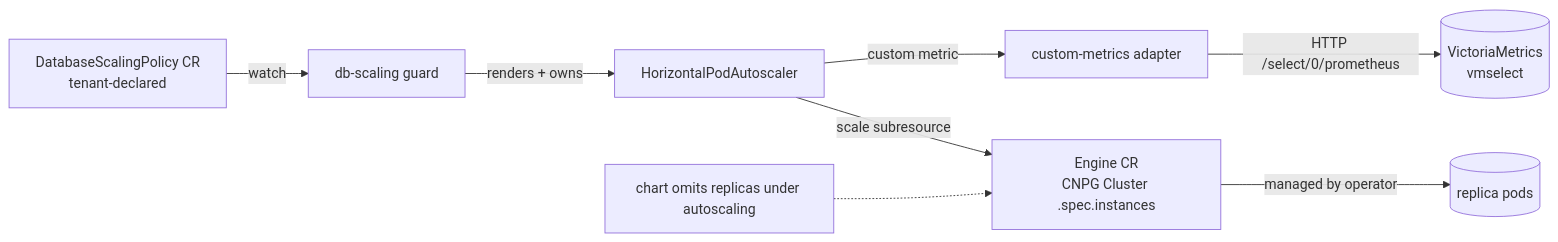
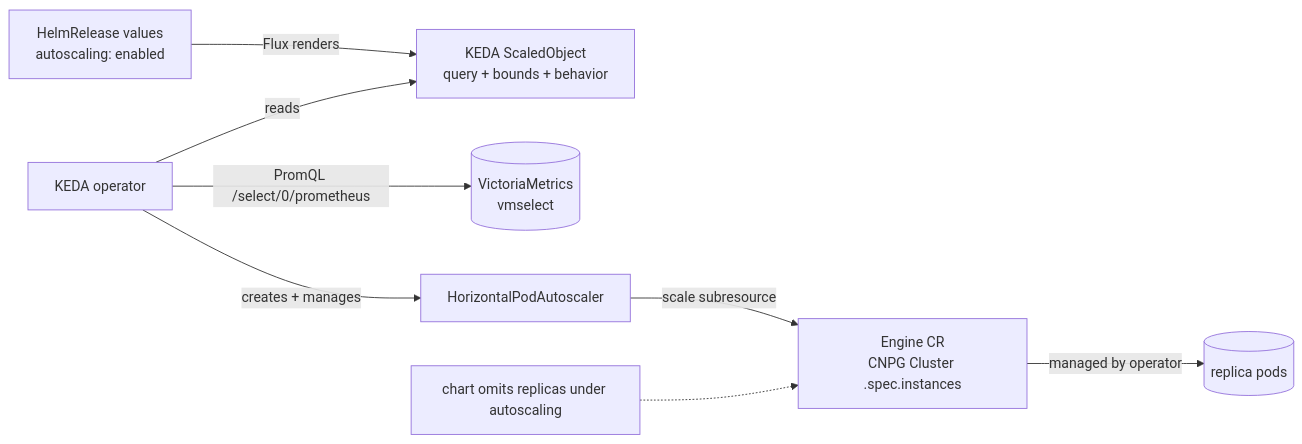
The diagram in design-proposals/database-horizontal-autoscaling/README.md (cozystack/community), drawn with Mermaid before and after one commit. The commit also changed other lines of this file, not shown here.

````diff
--- a/design-proposals/database-horizontal-autoscaling/README.md
+++ b/design-proposals/database-horizontal-autoscaling/README.md
@@ -52,10 +59,10 @@
 ```mermaid
 flowchart LR
-    DSP[DatabaseScalingPolicy CR<br/>tenant-declared] -- watch --> GUARD[db-scaling guard]
-    GUARD -- renders + owns --> HPA[HorizontalPodAutoscaler]
-    HPA -- custom metric --> ADAPTER[custom-metrics adapter]
-    ADAPTER -- HTTP /select/0/prometheus --> VM[(VictoriaMetrics<br/>vmselect)]
+    HR[HelmRelease values<br/>autoscaling: enabled] -- Flux renders --> SO[KEDA ScaledObject<br/>query + bounds + behavior]
+    KEDA[KEDA operator] -- reads --> SO
+    KEDA -- PromQL /select/0/prometheus --> VM[(VictoriaMetrics<br/>vmselect)]
+    KEDA -- creates + manages --> HPA[HorizontalPodAutoscaler]
     HPA -- scale subresource --> CR[Engine CR<br/>CNPG Cluster .spec.instances]
     CR -- managed by operator --> PODS[(replica pods)]
     NOTE[chart omits replicas under autoscaling] -.-> CR
 ```
````
